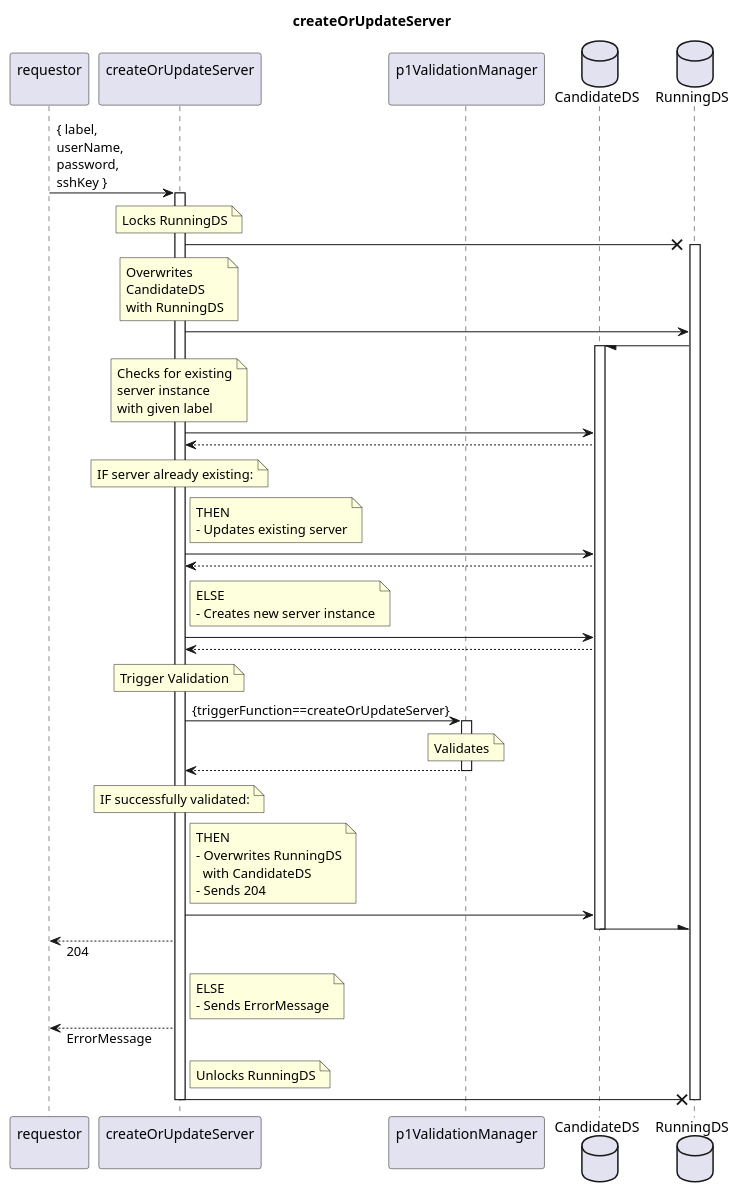
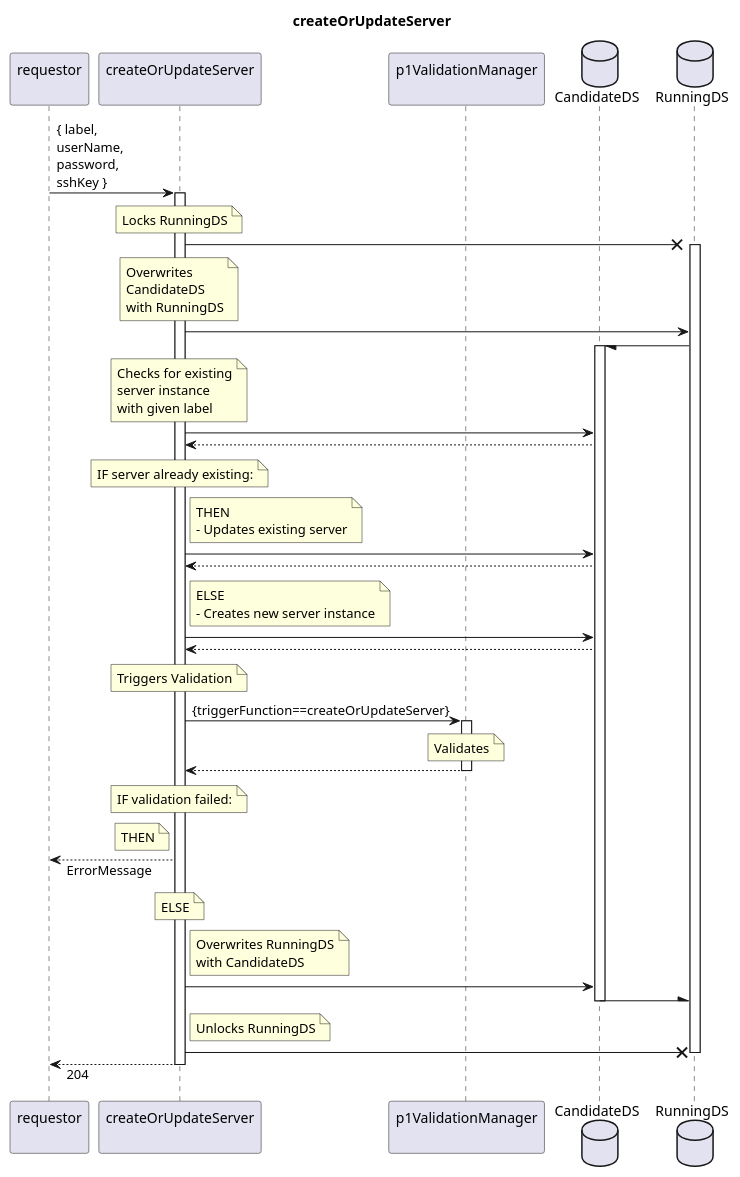
The diagram in spec/Services/createOrUpdateServer/1.0.0/createOrUpdateServer.plantuml (openBackhaul/FirmWareManager), drawn with PlantUML before and after one commit. The commit also changed 24 other files, not shown here.

Commit message:
Add sequences of delete services

```diff
--- a/spec/Services/createOrUpdateServer/1.0.0/createOrUpdateServer.plantuml
+++ b/spec/Services/createOrUpdateServer/1.0.0/createOrUpdateServer.plantuml
@@ -1,96 +1,94 @@
 @startuml createOrUpdateServer
 skinparam responseMessageBelowArrow true
 
 title
   createOrUpdateServer
 end title
 
 participant "requestor\n" as requestor
 participant "createOrUpdateServer\n" as couServer
 participant "p1ValidationManager\n" as valiMan
 database "CandidateDS" as CanDS
 database "RunningDS" as RunDS
 
 requestor -> couServer: { label,\nuserName,\npassword,\nsshKey }
 activate couServer
 
   note over couServer
     Locks RunningDS
   end note
   couServer -X RunDS
   activate RunDS
 
   note over couServer
     Overwrites
     CandidateDS
     with RunningDS
   end note
   couServer -> RunDS
   RunDS -/ CanDS
   activate CanDS
 
   note over couServer
     Checks for existing
     server instance
     with given label
   end note
   couServer -> CanDS
   couServer <-- CanDS
-
   note over couServer
     IF server already existing:
   end note
   note right couServer
     THEN
     - Updates existing server
   end note
   couServer -> CanDS
   couServer <-- CanDS
   note right couServer
     ELSE
     - Creates new server instance
   end note
   couServer -> CanDS
   couServer <-- CanDS
 
   note over couServer
-    Trigger Validation
+    Triggers Validation
   end note
   couServer -> valiMan: {triggerFunction==createOrUpdateServer}
   activate valiMan
-
     note over valiMan
       Validates
     end note
-
   couServer <-- valiMan
   deactivate valiMan
+  note over couServer
+    IF validation failed:
+  end note
+  note left couServer
+    THEN
+  end note
+  requestor <-- couServer: ErrorMessage
+  note over couServer
+    ELSE
+  end note
 
-  note over couServer
-    IF successfully validated:
-  end note
   note right couServer
-    THEN
-    - Overwrites RunningDS
-      with CandidateDS
-    - Sends 204
+    Overwrites RunningDS
+    with CandidateDS
   end note
   couServer -> CanDS
   CanDS -\ RunDS
   deactivate CanDS
-  requestor <-- couServer: 204
-  note right couServer
-    ELSE
-    - Sends ErrorMessage
-  end note
-  requestor <-- couServer: ErrorMessage
 
   note right couServer
     Unlocks RunningDS
   end note
   couServer -X RunDS
   deactivate RunDS
 
+  requestor <-- couServer: 204
+
 deactivate couServer
 
 @enduml
```
